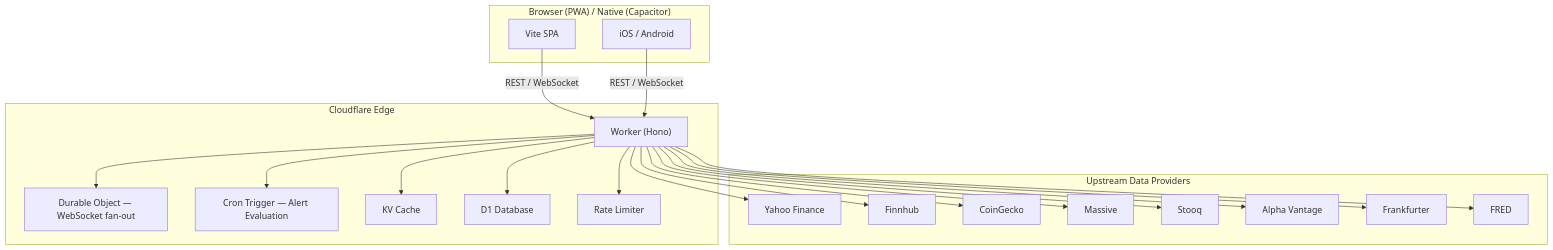
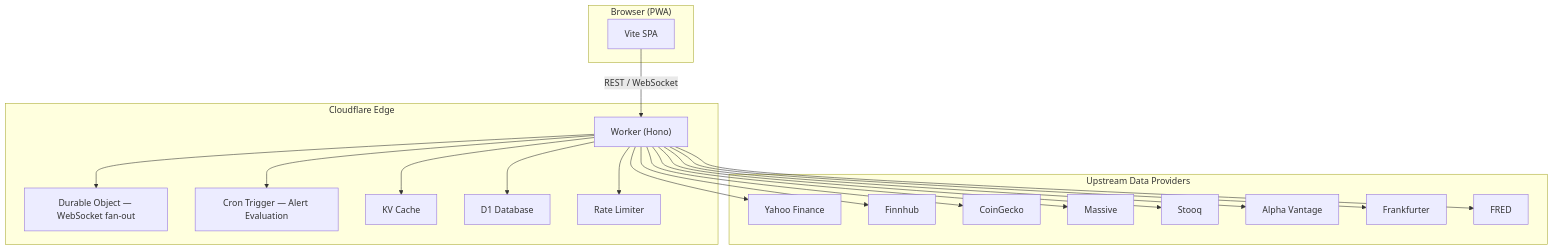
Before and after one commit to RajwanYair/CrossTide: the second of 2 diagrams in README.md, drawn with Mermaid. The commit also changed other lines of this file and 83 other files, not shown here.

````diff
--- a/README.md
+++ b/README.md
@@ -298,43 +284,41 @@
 ```mermaid
 flowchart TD
-  subgraph Client["Browser (PWA) / Native (Capacitor)"]
+  subgraph Client["Browser (PWA)"]
     SPA["Vite SPA"]
-    Native["iOS / Android"]
   end
 
   subgraph Edge["Cloudflare Edge"]
     Worker["Worker (Hono)"]
     DO["Durable Object — WebSocket fan-out"]
     Cron["Cron Trigger — Alert Evaluation"]
     KV["KV Cache"]
     D1["D1 Database"]
     RL["Rate Limiter"]
   end
 
   subgraph Upstream["Upstream Data Providers"]
     Yahoo["Yahoo Finance"]
     Finnhub["Finnhub"]
     CoinGecko["CoinGecko"]
     Massive["Massive"]
     Stooq["Stooq"]
     AlphaVantage["Alpha Vantage"]
     Frankfurter["Frankfurter"]
     FRED["FRED"]
   end
 
   SPA -- "REST / WebSocket" --> Worker
-  Native -- "REST / WebSocket" --> Worker
   Worker --> DO
   Worker --> Cron
   Worker --> KV
   Worker --> D1
   Worker --> RL
   Worker --> Yahoo
   Worker --> Finnhub
   Worker --> CoinGecko
   Worker --> Massive
   Worker --> Stooq
   Worker --> AlphaVantage
   Worker --> Frankfurter
   Worker --> FRED
 ```
````
